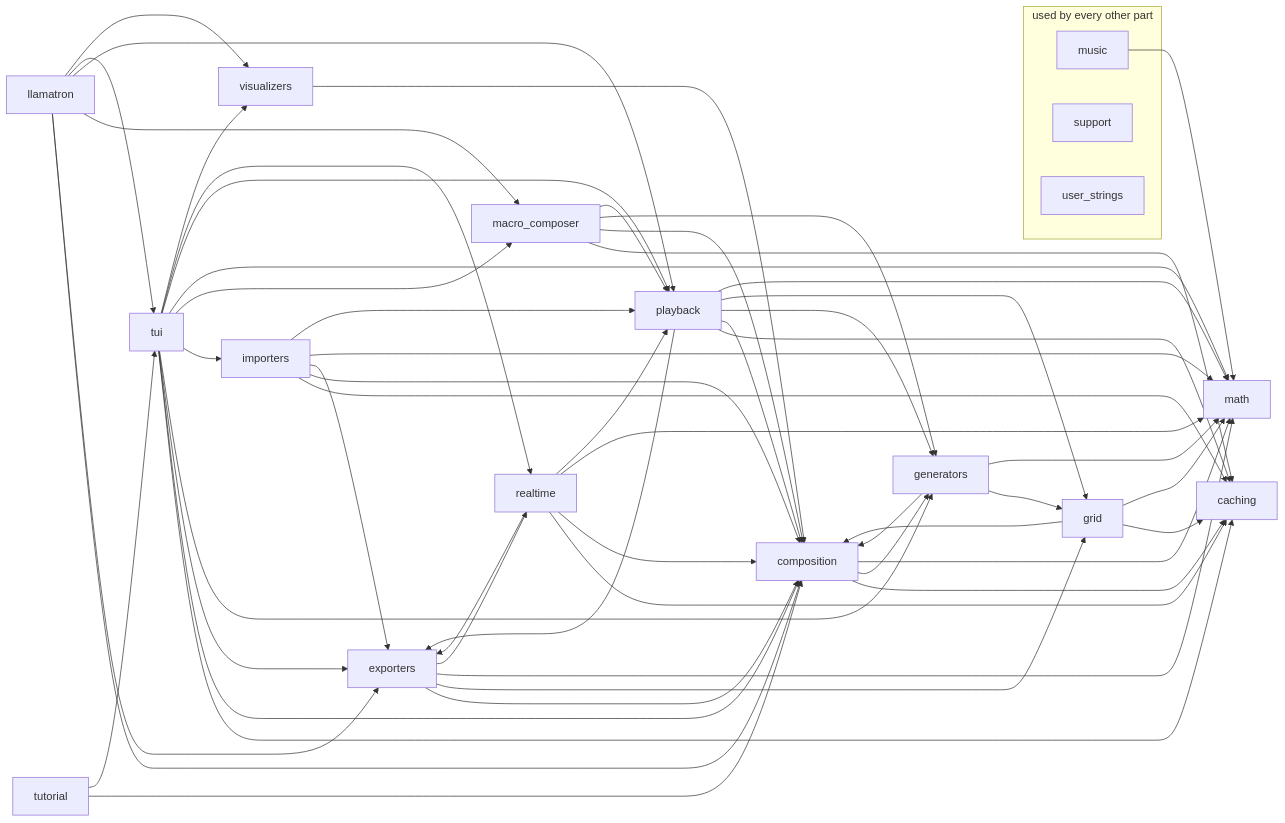
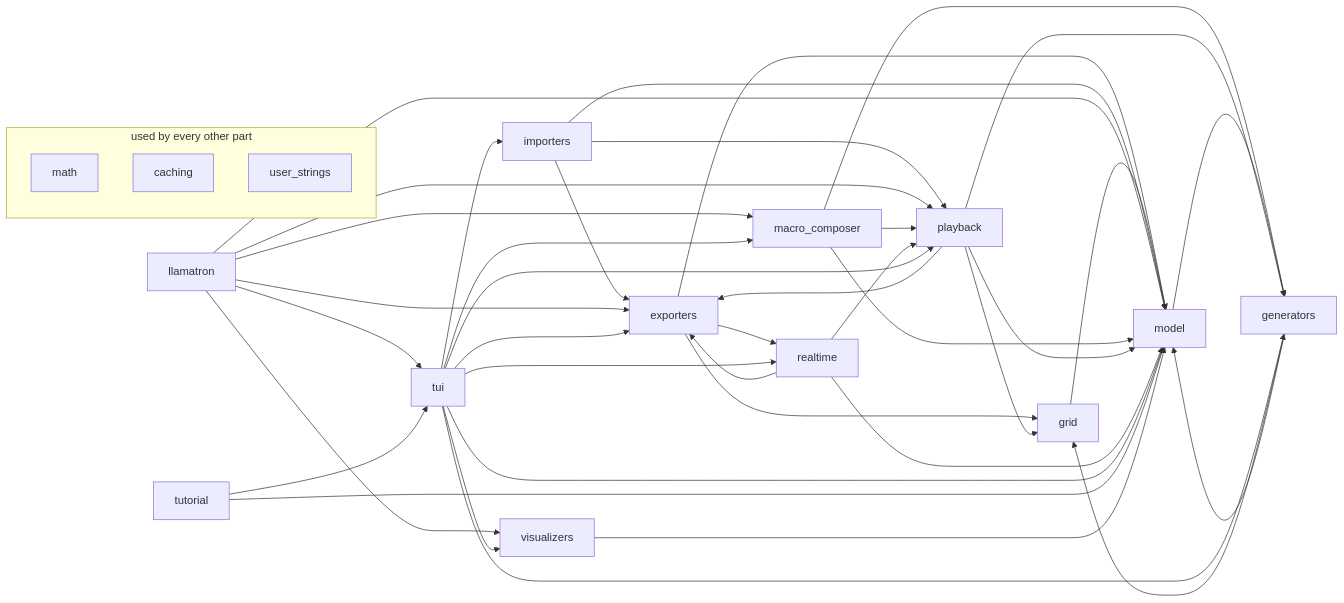
The second of 2 diagrams in docs/ARCHITECTURE.md (mpdehaan/llamatron), drawn with Mermaid before and after one commit. The commit also changed other lines of this file and 606 other files, not shown here.

Commit message:
The second step of the subsystem moves: the Model is one package of four parts, its values, its objects, its vocabulary and its file, taking in what were the music, composition and support packages, its tests in one folder to match.

````diff
--- a/docs/ARCHITECTURE.md
+++ b/docs/ARCHITECTURE.md
@@ -126,75 +126,57 @@
 ```mermaid
 flowchart LR
     tui["tui"]
     llamatron["llamatron"]
-    composition["composition"]
+    model["model"]
     playback["playback"]
     generators["generators"]
     grid["grid"]
     exporters["exporters"]
-    caching["caching"]
     importers["importers"]
     macro_composer["macro_composer"]
-    math["math"]
     realtime["realtime"]
     tutorial["tutorial"]
     visualizers["visualizers"]
     subgraph everywhere ["used by every other part"]
-    music["music"]
-    support["support"]
+    math["math"]
+    caching["caching"]
     user_strings["user_strings"]
     end
-    composition --> caching
-    composition --> generators
-    composition --> math
-    exporters --> composition
     exporters --> grid
-    exporters --> math
+    exporters --> model
     exporters --> realtime
-    generators --> composition
     generators --> grid
-    generators --> math
-    grid --> caching
-    grid --> composition
-    grid --> math
-    importers --> caching
-    importers --> composition
+    generators --> model
+    grid --> model
     importers --> exporters
-    importers --> math
+    importers --> model
     importers --> playback
-    llamatron --> composition
     llamatron --> exporters
     llamatron --> macro_composer
+    llamatron --> model
     llamatron --> playback
     llamatron --> tui
     llamatron --> visualizers
-    macro_composer --> caching
-    macro_composer --> composition
     macro_composer --> generators
+    macro_composer --> model
     macro_composer --> playback
-    music --> math
-    playback --> caching
-    playback --> composition
+    model --> generators
     playback --> exporters
     playback --> generators
     playback --> grid
-    playback --> math
-    realtime --> caching
-    realtime --> composition
+    playback --> model
     realtime --> exporters
-    realtime --> math
+    realtime --> model
     realtime --> playback
-    tui --> caching
-    tui --> composition
     tui --> exporters
     tui --> generators
     tui --> importers
     tui --> macro_composer
-    tui --> math
+    tui --> model
     tui --> playback
     tui --> realtime
     tui --> visualizers
-    tutorial --> composition
+    tutorial --> model
     tutorial --> tui
-    visualizers --> composition
+    visualizers --> model
 ```
````
